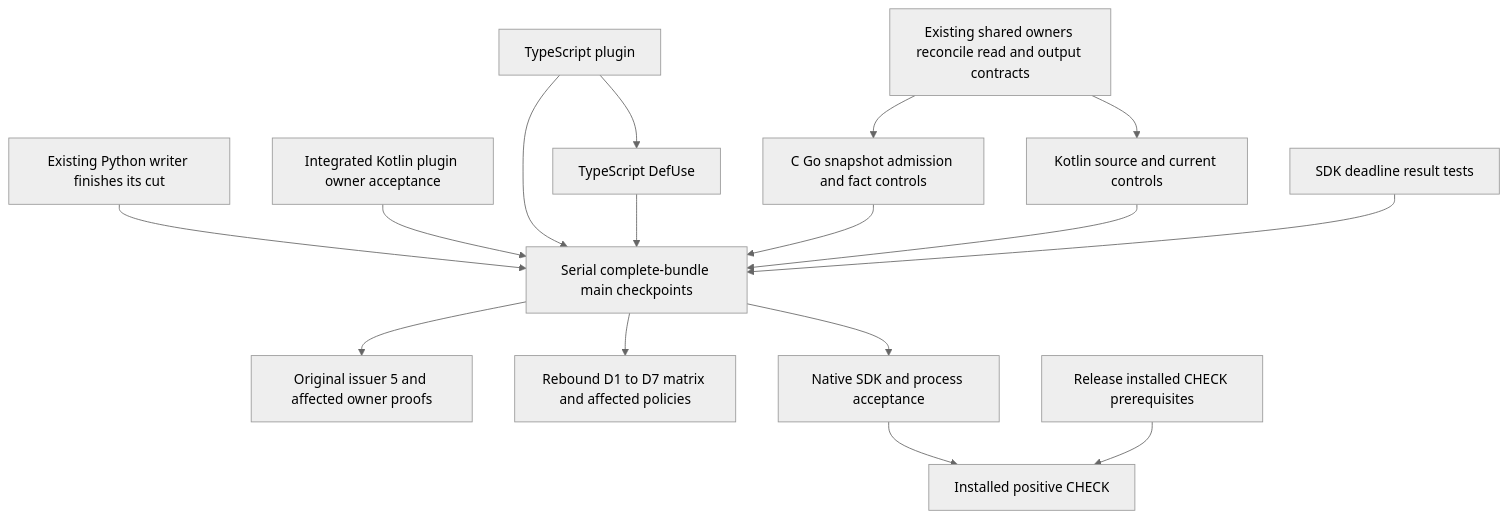
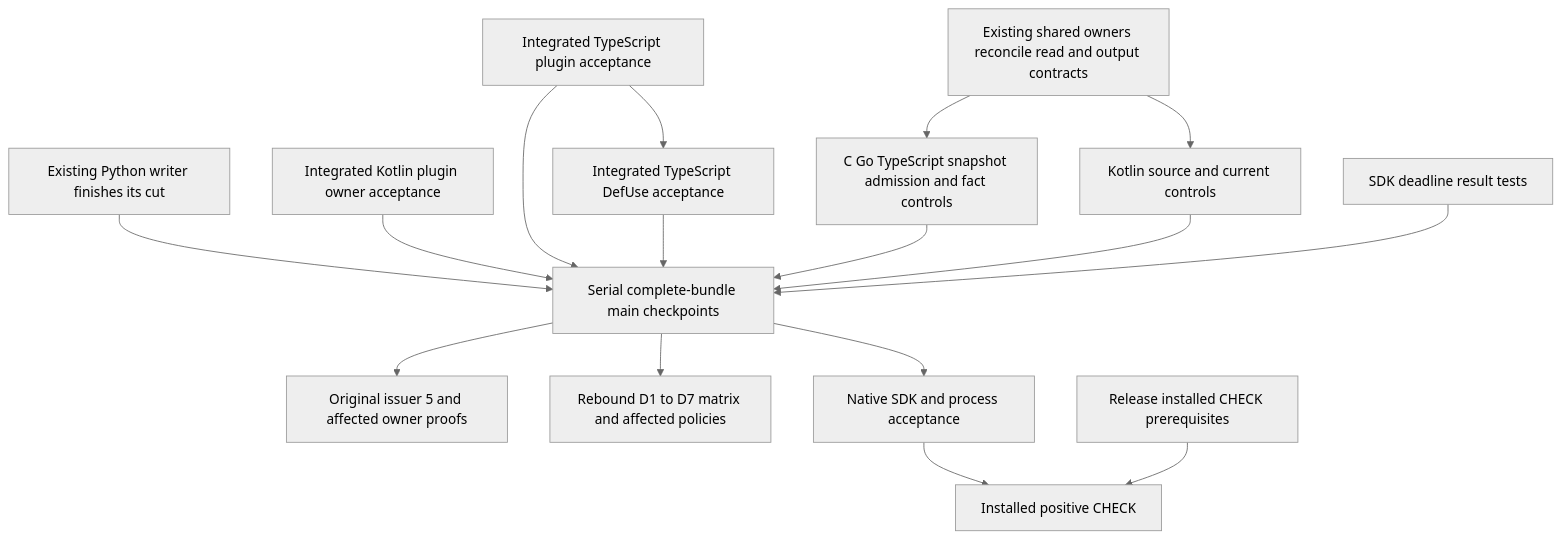
Before and after one commit to josongmin/quanta-gqlang-v2: the diagram in docs/plans/oct-6-substrate-dedup/readme.md, drawn with Mermaid (neutral theme). The commit also changed other lines of this file and 7 other files, not shown here.

````diff
--- a/docs/plans/oct-6-substrate-dedup/readme.md
+++ b/docs/plans/oct-6-substrate-dedup/readme.md
@@ -170,32 +176,32 @@
 ```mermaid
 flowchart TD
     S0[Existing shared owners reconcile read and output contracts]
     E[Existing Python writer finishes its cut]
     K[Integrated Kotlin plugin owner acceptance]
-    T[TypeScript plugin]
-    D[TypeScript DefUse]
-    C[C Go snapshot admission and fact controls]
+    T[Integrated TypeScript plugin acceptance]
+    D[Integrated TypeScript DefUse acceptance]
+    C[C Go TypeScript snapshot admission and fact controls]
     N[Kotlin source and current controls]
     F[SDK deadline result tests]
     M[Serial complete-bundle main checkpoints]
     O[Original issuer 5 and affected owner proofs]
     Q[Rebound D1 to D7 matrix and affected policies]
     P[Native SDK and process acceptance]
     I[Release installed CHECK prerequisites]
     L[Installed positive CHECK]
     S0 --> C
     S0 --> N
     E --> M
     K --> M
     T --> M
     D --> M
     C --> M
     N --> M
     F --> M
     T --> D
     M --> O
     M --> Q
     M --> P
     P --> L
     I --> L
 ```
````
